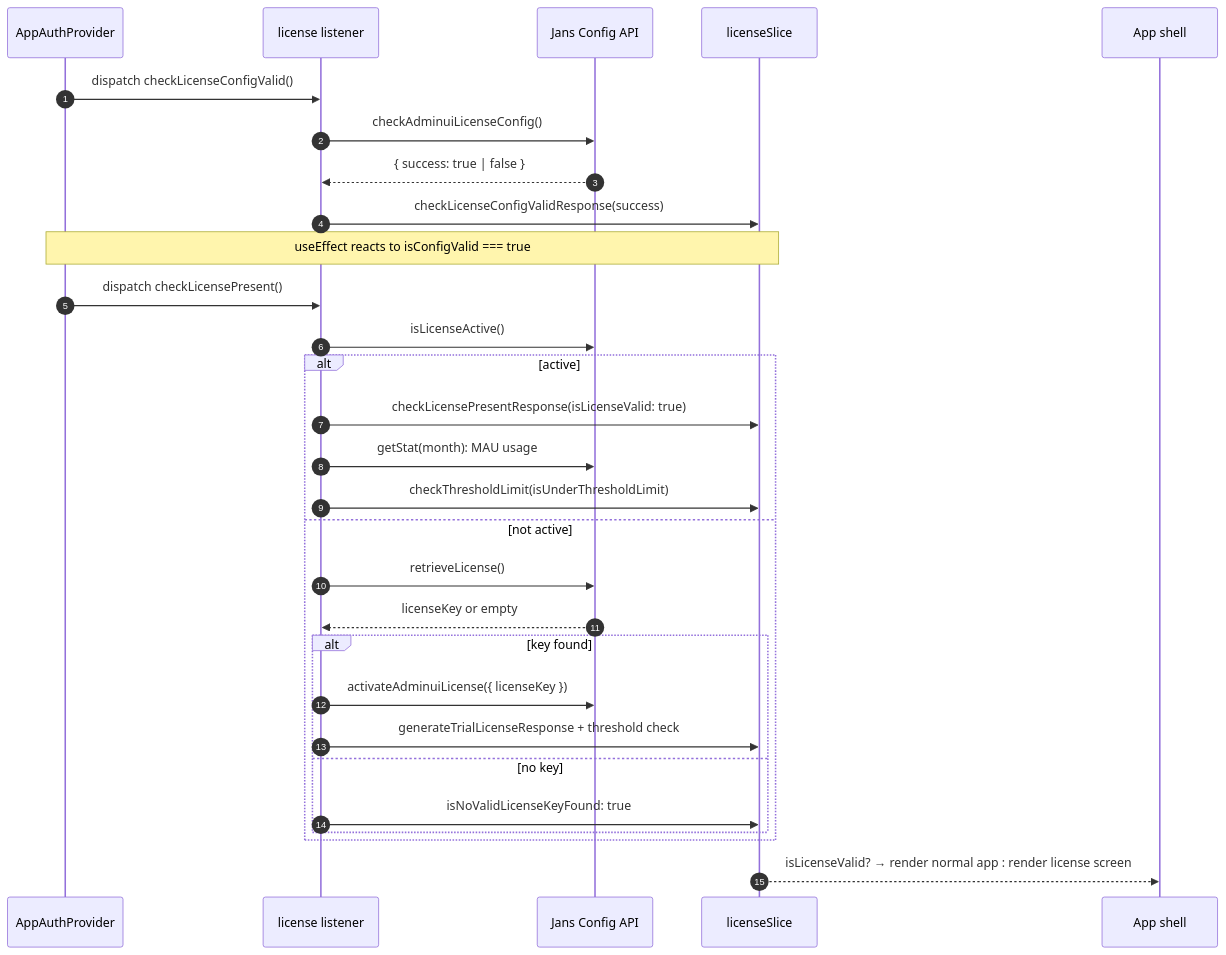
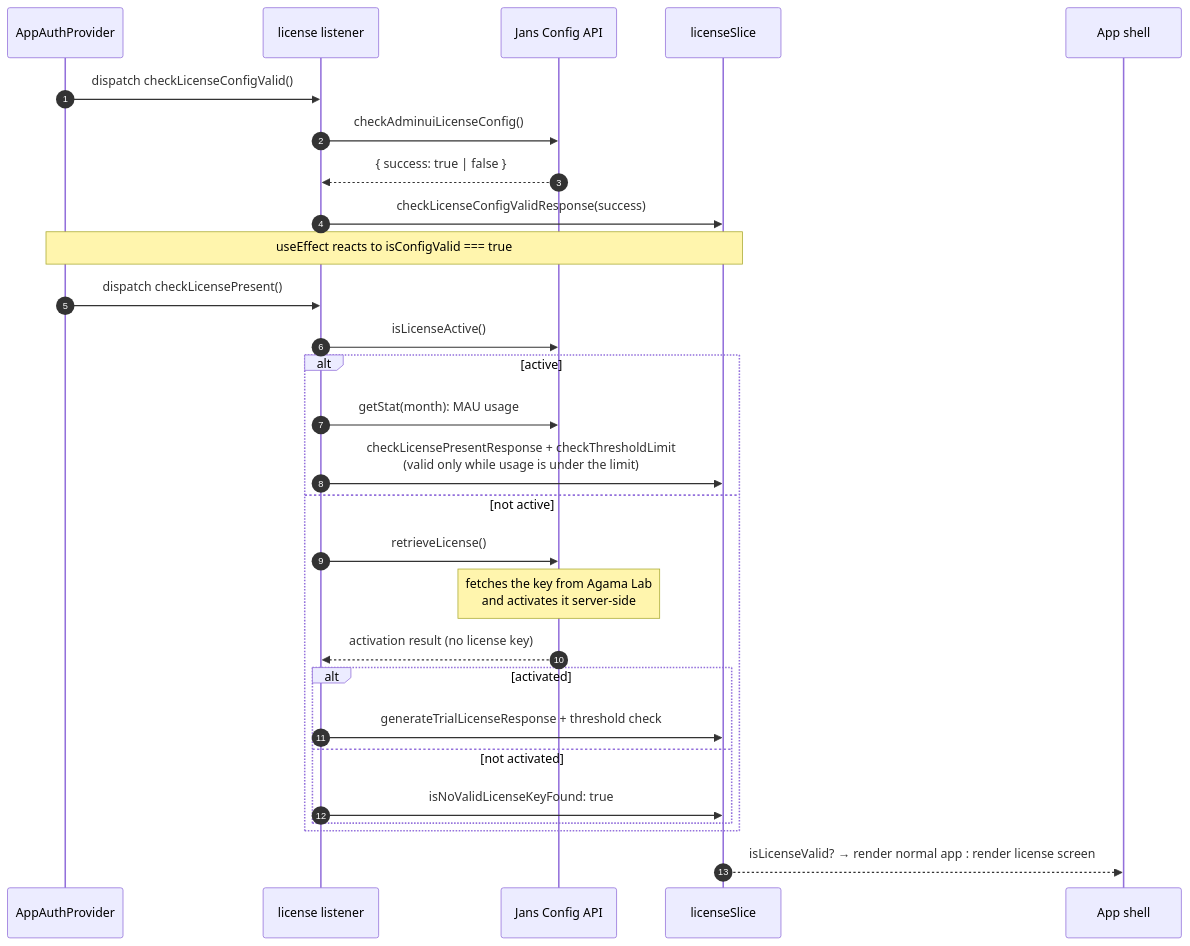
The third of 3 diagrams in admin-ui/docs/auth.md (GluuFederation/flex), drawn with Mermaid before and after one commit. The commit also changed other lines of this file and 9 other files, not shown here.

````diff
--- a/admin-ui/docs/auth.md
+++ b/admin-ui/docs/auth.md
@@ -118,35 +118,34 @@
 ```mermaid
 sequenceDiagram
     autonumber
     participant Provider as AppAuthProvider
     participant Listener as license listener
     participant API as Jans Config API
     participant Slice as licenseSlice
     participant UI as App shell
 
     Provider->>Listener: dispatch checkLicenseConfigValid()
     Listener->>API: checkAdminuiLicenseConfig()
     API-->>Listener: { success: true | false }
     Listener->>Slice: checkLicenseConfigValidResponse(success)
 
     Note over Provider,Slice: useEffect reacts to isConfigValid === true
 
     Provider->>Listener: dispatch checkLicensePresent()
     Listener->>API: isLicenseActive()
     alt active
-        Listener->>Slice: checkLicensePresentResponse(isLicenseValid: true)
         Listener->>API: getStat(month): MAU usage
-        Listener->>Slice: checkThresholdLimit(isUnderThresholdLimit)
+        Listener->>Slice: checkLicensePresentResponse + checkThresholdLimit<br/>(valid only while usage is under the limit)
     else not active
         Listener->>API: retrieveLicense()
-        API-->>Listener: licenseKey or empty
-        alt key found
-            Listener->>API: activateAdminuiLicense({ licenseKey })
+        Note over API: fetches the key from Agama Lab<br/>and activates it server-side
+        API-->>Listener: activation result (no license key)
+        alt activated
             Listener->>Slice: generateTrialLicenseResponse + threshold check
-        else no key
+        else not activated
             Listener->>Slice: isNoValidLicenseKeyFound: true
         end
     end
 
     Slice-->>UI: isLicenseValid? → render normal app : render license screen
 ```
````
